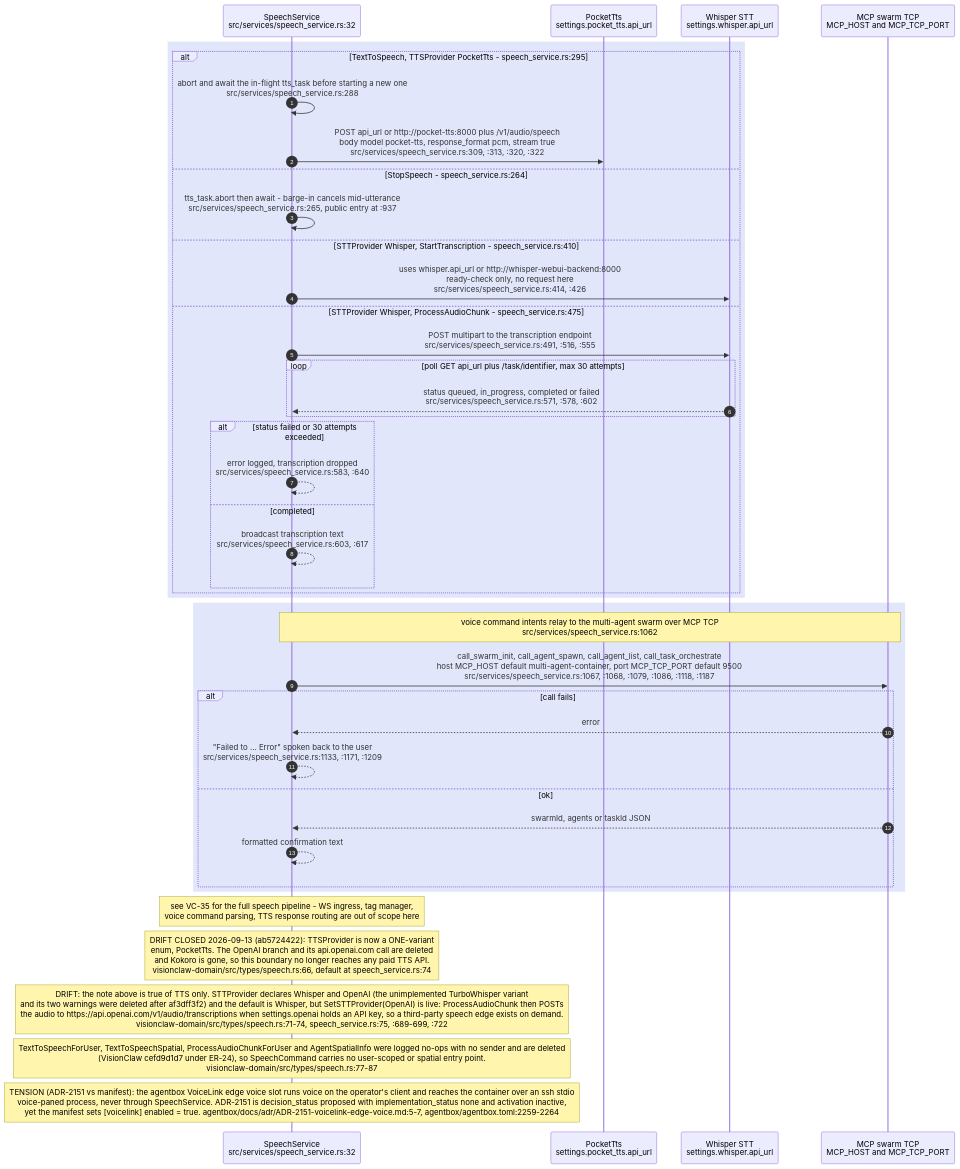
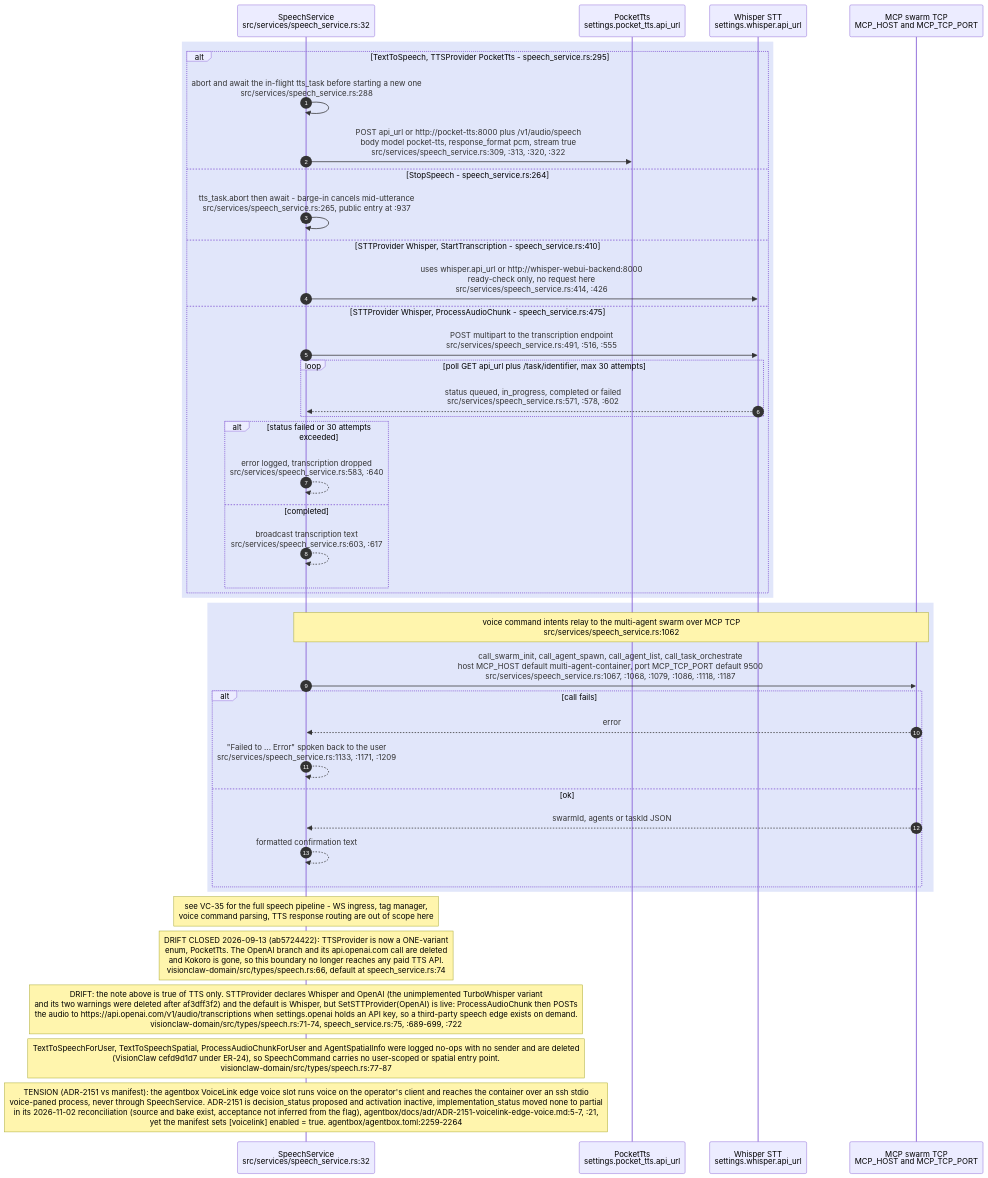
Before and after one commit to DreamLab-AI/VisionFlow: the seventh of 8 diagrams in docs/diagrams/visionclaw/28-external-services.md, drawn with Mermaid. The commit also changed other lines of this file and 2 other files, not shown here.

Commit message:
docs(diagrams): ES-01, VC-28, VC-35 — ADR-2151 partial, re-stamp agentbox at 5cffdd1
Records ADR-2151's implementation_status none -> partial (2026-11-02
reconciliation) as a change; the proposed/inactive-vs-enabled-manifest tension
stands. ES-01 also follows the agentbox solid-pod-rs pin to 0.5.0-alpha.19 at
c27cdfed. VisionClaw keys unchanged: no cited VisionClaw file moved.

````diff
--- a/docs/diagrams/visionclaw/28-external-services.md
+++ b/docs/diagrams/visionclaw/28-external-services.md
@@ -339,47 +339,47 @@
 ```mermaid
 sequenceDiagram
     autonumber
     participant SS as SpeechService<br/>src/services/speech_service.rs:32
     participant PT as PocketTts<br/>settings.pocket_tts.api_url
     participant WHI as Whisper STT<br/>settings.whisper.api_url
     participant MCP as MCP swarm TCP<br/>MCP_HOST and MCP_TCP_PORT
 
     rect rgb(225,230,250)
     alt TextToSpeech, TTSProvider PocketTts - speech_service.rs:295
         SS->>SS: abort and await the in-flight tts_task before starting a new one<br/>src/services/speech_service.rs:288
         SS->>PT: POST api_url or http://pocket-tts:8000 plus /v1/audio/speech<br/>body model pocket-tts, response_format pcm, stream true<br/>src/services/speech_service.rs:309, :313, :320, :322
     else StopSpeech - speech_service.rs:264
         SS->>SS: tts_task.abort then await - barge-in cancels mid-utterance<br/>src/services/speech_service.rs:265, public entry at :937
     else STTProvider Whisper, StartTranscription - speech_service.rs:410
         SS->>WHI: uses whisper.api_url or http://whisper-webui-backend:8000<br/>ready-check only, no request here<br/>src/services/speech_service.rs:414, :426
     else STTProvider Whisper, ProcessAudioChunk - speech_service.rs:475
         SS->>WHI: POST multipart to the transcription endpoint<br/>src/services/speech_service.rs:491, :516, :555
         loop poll GET api_url plus /task/identifier, max 30 attempts
             WHI-->>SS: status queued, in_progress, completed or failed<br/>src/services/speech_service.rs:571, :578, :602
         end
         alt status failed or 30 attempts exceeded
             SS-->>SS: error logged, transcription dropped<br/>src/services/speech_service.rs:583, :640
         else completed
             SS-->>SS: broadcast transcription text<br/>src/services/speech_service.rs:603, :617
         end
     end
     end
 
     rect rgb(225,230,250)
     Note over SS,MCP: voice command intents relay to the multi-agent swarm over MCP TCP<br/>src/services/speech_service.rs:1062
     SS->>MCP: call_swarm_init, call_agent_spawn, call_agent_list, call_task_orchestrate<br/>host MCP_HOST default multi-agent-container, port MCP_TCP_PORT default 9500<br/>src/services/speech_service.rs:1067, :1068, :1079, :1086, :1118, :1187
     alt call fails
         MCP-->>SS: error
         SS-->>SS: "Failed to ... Error" spoken back to the user<br/>src/services/speech_service.rs:1133, :1171, :1209
     else ok
         MCP-->>SS: swarmId, agents or taskId JSON
         SS-->>SS: formatted confirmation text
     end
     end
 
     Note over SS: see VC-35 for the full speech pipeline - WS ingress, tag manager,<br/>voice command parsing, TTS response routing are out of scope here
     Note over SS: DRIFT CLOSED 2026-09-13 (ab5724422): TTSProvider is now a ONE-variant<br/>enum, PocketTts. The OpenAI branch and its api.openai.com call are deleted<br/>and Kokoro is gone, so this boundary no longer reaches any paid TTS API.<br/>visionclaw-domain/src/types/speech.rs:66, default at speech_service.rs:74
     Note over SS: DRIFT: the note above is true of TTS only. STTProvider declares Whisper and OpenAI (the unimplemented TurboWhisper variant<br/>and its two warnings were deleted after af3dff3f2) and the default is Whisper, but SetSTTProvider(OpenAI) is live: ProcessAudioChunk then POSTs<br/>the audio to https://api.openai.com/v1/audio/transcriptions when settings.openai holds an API key, so a third-party speech edge exists on demand.<br/>visionclaw-domain/src/types/speech.rs:71-74, speech_service.rs:75, :689-699, :722
     Note over SS: TextToSpeechForUser, TextToSpeechSpatial, ProcessAudioChunkForUser and AgentSpatialInfo were logged no-ops with no sender and are deleted<br/>(VisionClaw cefd9d1d7 under ER-24), so SpeechCommand carries no user-scoped or spatial entry point.<br/>visionclaw-domain/src/types/speech.rs:77-87
-    Note over SS: TENSION (ADR-2151 vs manifest): the agentbox VoiceLink edge voice slot runs voice on the operator's client and reaches the container over an ssh stdio<br/>voice-paned process, never through SpeechService. ADR-2151 is decision_status proposed with implementation_status none and activation inactive,<br/>yet the manifest sets [voicelink] enabled = true. agentbox/docs/adr/ADR-2151-voicelink-edge-voice.md:5-7, agentbox/agentbox.toml:2259-2264
+    Note over SS: TENSION (ADR-2151 vs manifest): the agentbox VoiceLink edge voice slot runs voice on the operator's client and reaches the container over an ssh stdio<br/>voice-paned process, never through SpeechService. ADR-2151 is decision_status proposed and activation inactive, implementation_status moved none to partial<br/>in its 2026-11-02 reconciliation (source and bake exist, acceptance not inferred from the flag), agentbox/docs/adr/ADR-2151-voicelink-edge-voice.md:5-7, :21,<br/>yet the manifest sets [voicelink] enabled = true. agentbox/agentbox.toml:2259-2264
 ```
````
